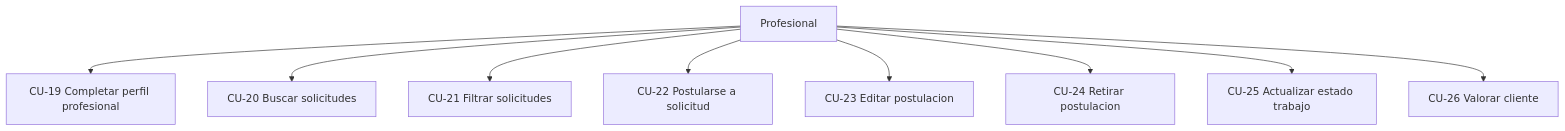
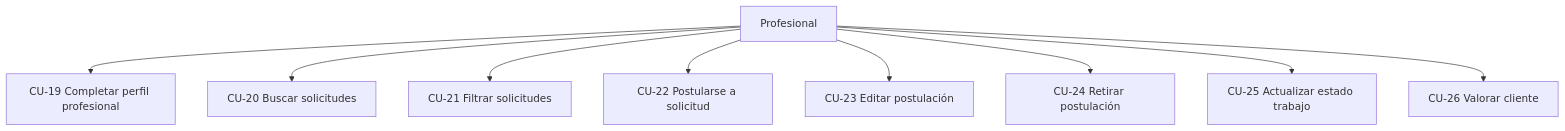
Before and after one commit to FerCueA/Duit: the third of 6 diagrams in documentacion/DAW_PRW_R1L2_UT01.2. Diagrama de casos de uso.md, drawn with Mermaid. The commit also changed other lines of this file and 6 other files, not shown here.

````diff
--- a/documentacion/DAW_PRW_R1L2_UT01.2. Diagrama de casos de uso.md
+++ b/documentacion/DAW_PRW_R1L2_UT01.2. Diagrama de casos de uso.md
@@ -206,12 +208,12 @@
 ```mermaid
 flowchart TB
   P[Profesional]
   P --> CU19["CU-19 Completar perfil profesional"]
   P --> CU20["CU-20 Buscar solicitudes"]
   P --> CU21["CU-21 Filtrar solicitudes"]
   P --> CU22["CU-22 Postularse a solicitud"]
-  P --> CU23["CU-23 Editar postulacion"]
-  P --> CU24["CU-24 Retirar postulacion"]
+  P --> CU23["CU-23 Editar postulación"]
+  P --> CU24["CU-24 Retirar postulación"]
   P --> CU25["CU-25 Actualizar estado trabajo"]
   P --> CU26["CU-26 Valorar cliente"]
 ```
````
